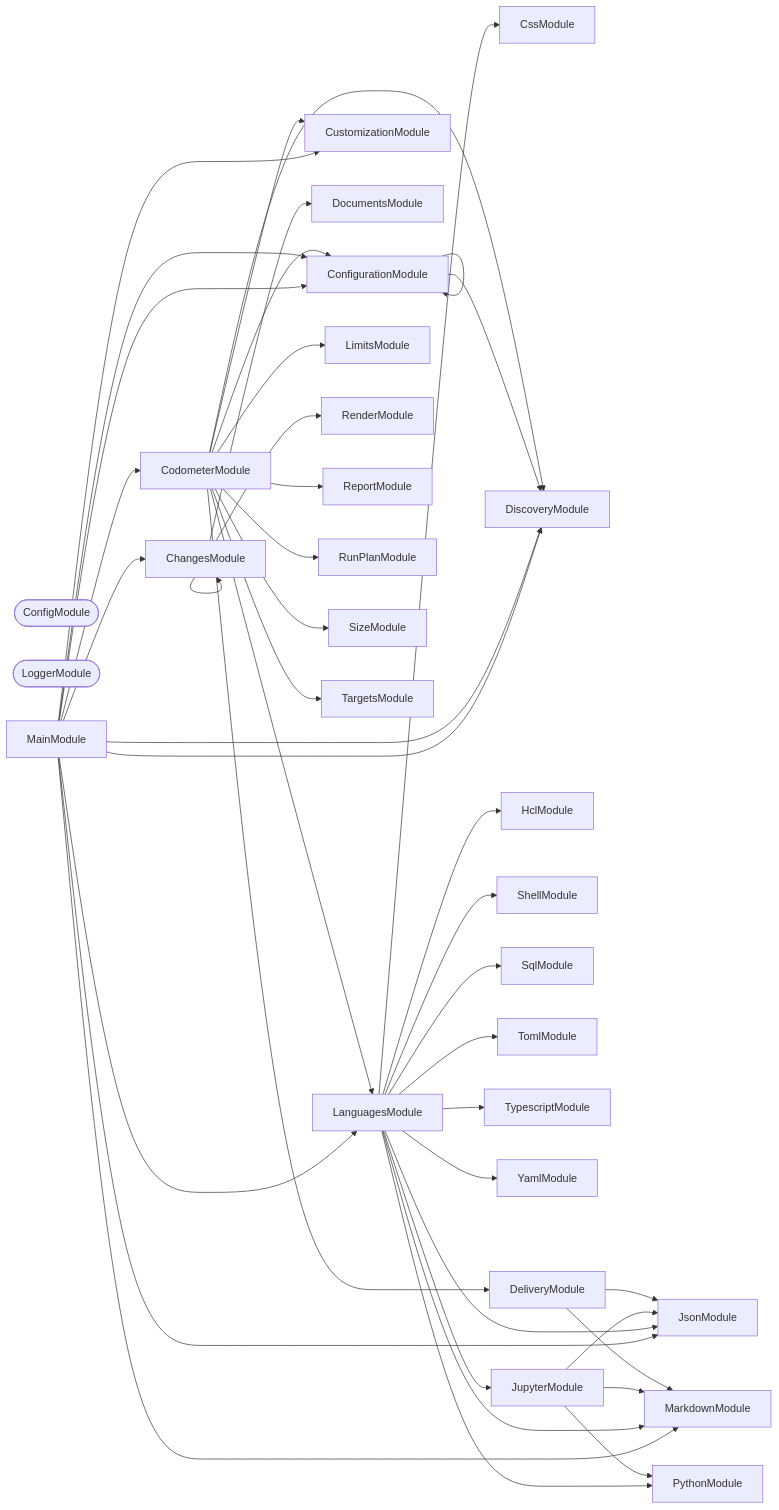
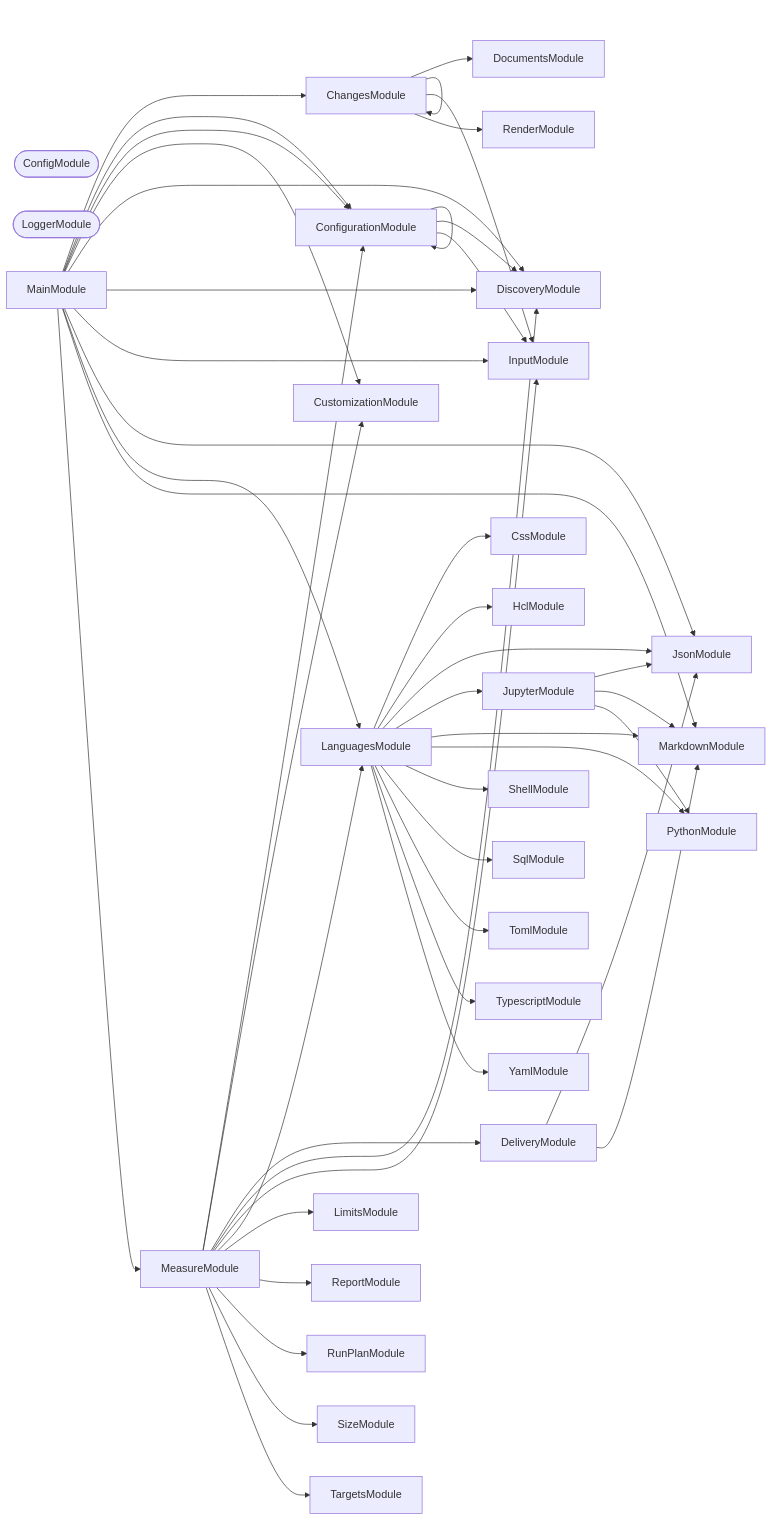
The second of 3 diagrams in packages/codometer-cli/README.md (JimmyPaolini/codebase), drawn with Mermaid before and after one commit. The commit also changed other lines of this file and 14 other files, not shown here.

````diff
--- a/packages/codometer-cli/README.md
+++ b/packages/codometer-cli/README.md
@@ -804,72 +804,77 @@
 ```mermaid
 flowchart LR
   ChangesModule
-  CodometerModule
   ConfigModule([ConfigModule])
   ConfigurationModule
   CssModule
   CustomizationModule
   DeliveryModule
   DiscoveryModule
   DocumentsModule
   HclModule
+  InputModule
   JsonModule
   JupyterModule
   LanguagesModule
   LimitsModule
   LoggerModule([LoggerModule])
   MainModule
   MarkdownModule
+  MeasureModule
   PythonModule
   RenderModule
   ReportModule
   RunPlanModule
   ShellModule
   SizeModule
   SqlModule
   TargetsModule
   TomlModule
   TypescriptModule
   YamlModule
   ChangesModule --> ChangesModule
   ChangesModule --> DocumentsModule
+  ChangesModule --> InputModule
   ChangesModule --> RenderModule
-  CodometerModule --> ConfigurationModule
-  CodometerModule --> CustomizationModule
-  CodometerModule --> DeliveryModule
-  CodometerModule --> DiscoveryModule
-  CodometerModule --> LanguagesModule
-  CodometerModule --> LimitsModule
-  CodometerModule --> ReportModule
-  CodometerModule --> RunPlanModule
-  CodometerModule --> SizeModule
-  CodometerModule --> TargetsModule
   ConfigurationModule --> ConfigurationModule
   ConfigurationModule --> DiscoveryModule
+  ConfigurationModule --> InputModule
   DeliveryModule --> JsonModule
   DeliveryModule --> MarkdownModule
   JupyterModule --> JsonModule
   JupyterModule --> MarkdownModule
   JupyterModule --> PythonModule
   LanguagesModule --> CssModule
   LanguagesModule --> HclModule
   LanguagesModule --> JsonModule
   LanguagesModule --> JupyterModule
   LanguagesModule --> MarkdownModule
   LanguagesModule --> PythonModule
   LanguagesModule --> ShellModule
   LanguagesModule --> SqlModule
   LanguagesModule --> TomlModule
   LanguagesModule --> TypescriptModule
   LanguagesModule --> YamlModule
   MainModule --> ChangesModule
-  MainModule --> CodometerModule
   MainModule --> ConfigurationModule
   MainModule --> ConfigurationModule
   MainModule --> CustomizationModule
   MainModule --> DiscoveryModule
   MainModule --> DiscoveryModule
+  MainModule --> InputModule
   MainModule --> JsonModule
   MainModule --> LanguagesModule
   MainModule --> MarkdownModule
+  MainModule --> MeasureModule
+  MeasureModule --> ConfigurationModule
+  MeasureModule --> CustomizationModule
+  MeasureModule --> DeliveryModule
+  MeasureModule --> DiscoveryModule
+  MeasureModule --> InputModule
+  MeasureModule --> LanguagesModule
+  MeasureModule --> LimitsModule
+  MeasureModule --> ReportModule
+  MeasureModule --> RunPlanModule
+  MeasureModule --> SizeModule
+  MeasureModule --> TargetsModule
 ```
````
